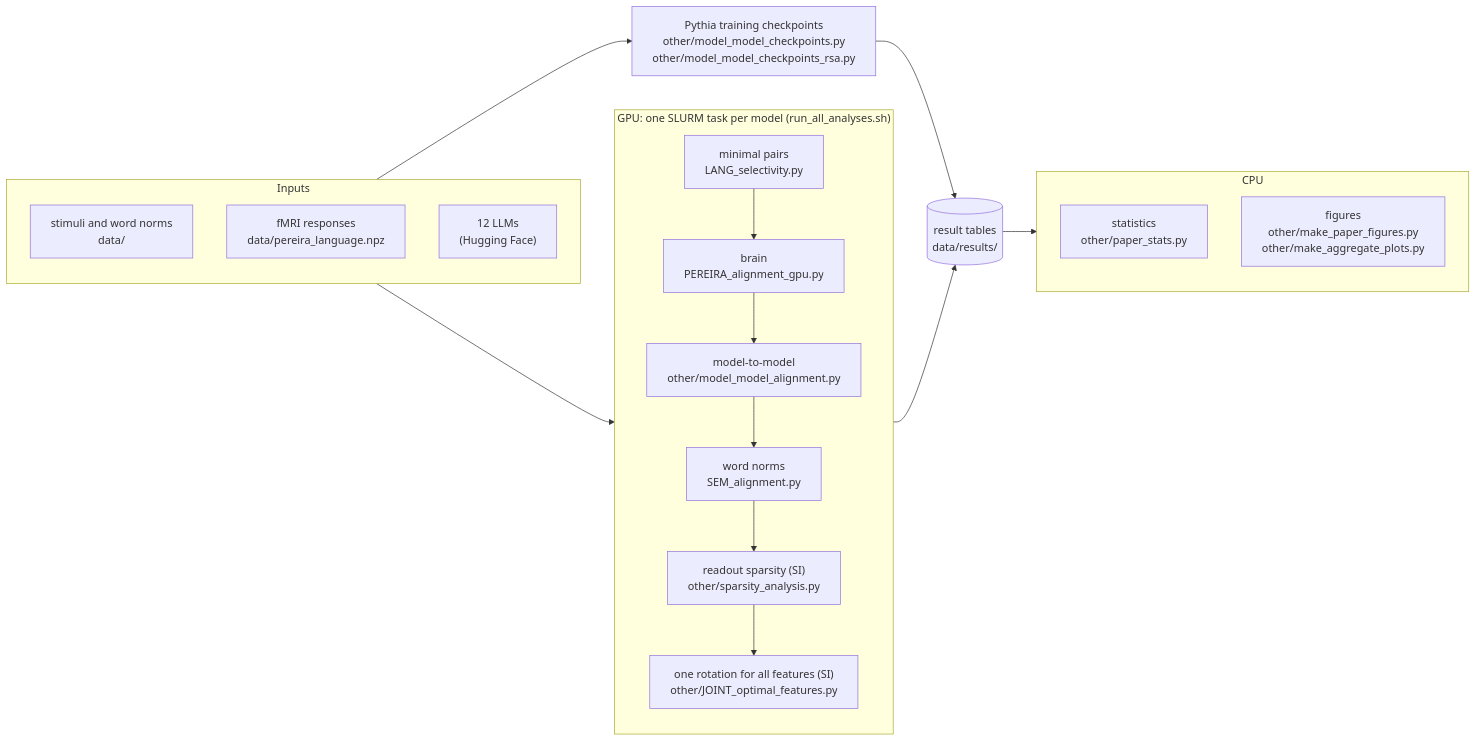
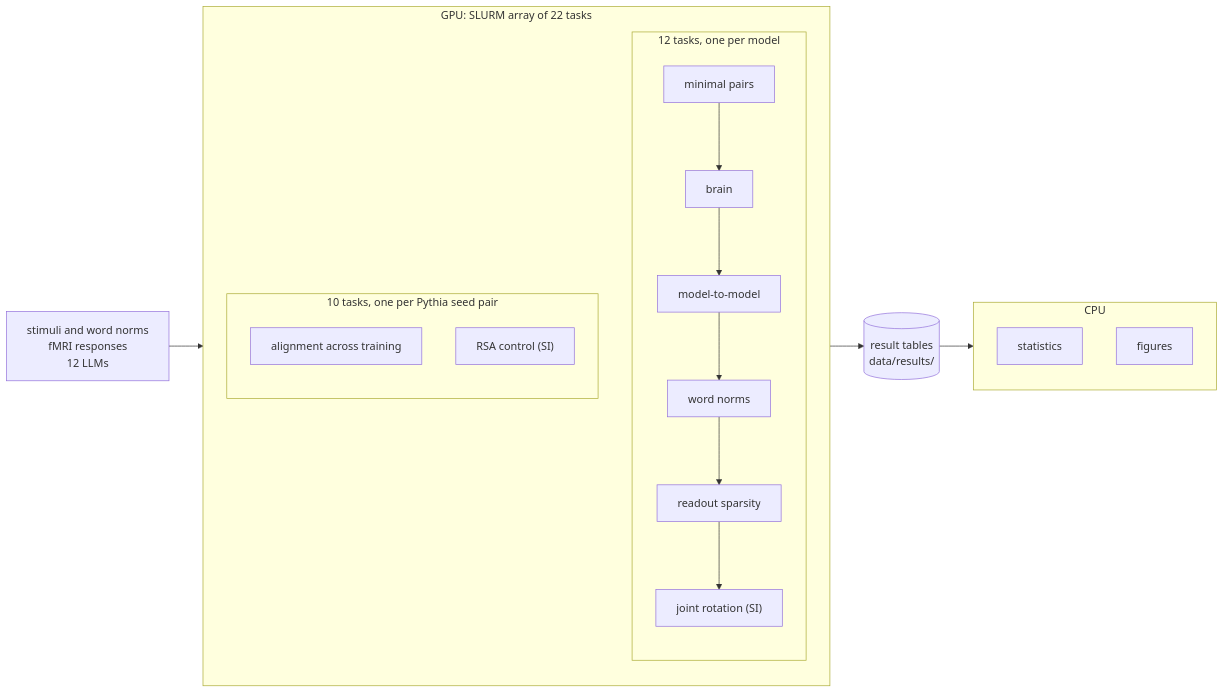
The diagram in README.md (Andrea-de-Varda/partially-canonical-axes), drawn with Mermaid before and after one commit. The commit also changed other lines of this file, not shown here.

Commit message:
README: clearer pipeline diagram, script table

````diff
--- a/README.md
+++ b/README.md
@@ -32,29 +32,23 @@
 ```mermaid
 flowchart LR
-    subgraph IN["Inputs"]
+    IN["stimuli and word norms<br/>fMRI responses<br/>12 LLMs"]
+    subgraph GPU["GPU: SLURM array of 22 tasks"]
         direction TB
-        S["stimuli and word norms<br/>data/"]
-        F["fMRI responses<br/>data/pereira_language.npz"]
-        M["12 LLMs<br/>(Hugging Face)"]
+        subgraph PM["12 tasks, one per model"]
+            direction TB
+            L["minimal pairs"] --> P["brain"] --> MM["model-to-model"] --> SE["word norms"] --> SP["readout sparsity"] --> J["joint rotation (SI)"]
+        end
+        subgraph CK["10 tasks, one per Pythia seed pair"]
+            direction TB
+            T["alignment across training"]
+            RSA["RSA control (SI)"]
+        end
     end
-    subgraph GPU["GPU: one SLURM task per model (run_all_analyses.sh)"]
-        direction TB
-        L["minimal pairs<br/>LANG_selectivity.py"]
-        P["brain<br/>PEREIRA_alignment_gpu.py"]
-        MM["model-to-model<br/>other/model_model_alignment.py"]
-        SE["word norms<br/>SEM_alignment.py"]
-        SP["readout sparsity (SI)<br/>other/sparsity_analysis.py"]
-        J["one rotation for all features (SI)<br/>other/JOINT_optimal_features.py"]
-        L --> P --> MM --> SE --> SP --> J
-    end
-    CK["Pythia training checkpoints<br/>other/model_model_checkpoints.py<br/>other/model_model_checkpoints_rsa.py"]
     R[("result tables<br/>data/results/")]
     subgraph CPU["CPU"]
         direction TB
-        ST["statistics<br/>other/paper_stats.py"]
-        FG["figures<br/>other/make_paper_figures.py<br/>other/make_aggregate_plots.py"]
+        ST["statistics"]
+        FG["figures"]
     end
-    IN --> GPU --> R
-    IN --> CK --> R
-    R --> CPU
+    IN --> GPU --> R --> CPU
 ```
````
